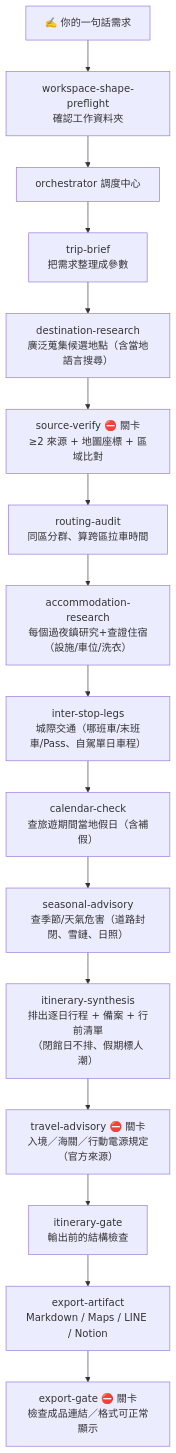
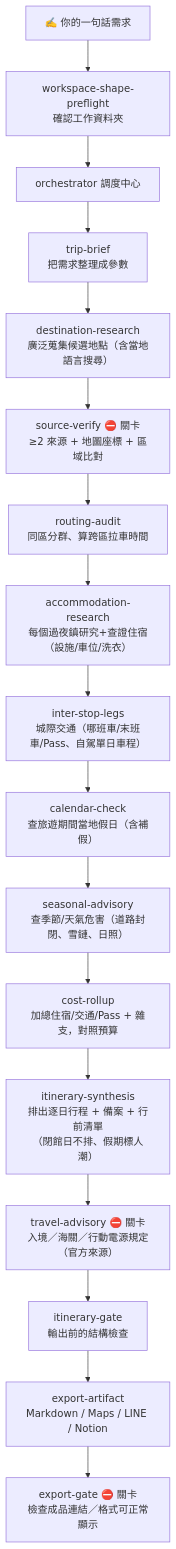
Before and after one commit to helping-ai-workflow/tripwork: the diagram in README.md, drawn with Mermaid. The commit also changed other lines of this file, not shown here.

Commit message:
docs(readme): add cost-rollup to pipeline, pain/§3/§4 rows

````diff
--- a/README.md
+++ b/README.md
@@ -98,19 +99,20 @@
 ```mermaid
 flowchart TB
     P["✍️ 你的一句話需求"]
     P --> WSP["workspace-shape-preflight<br/>確認工作資料夾"]
     WSP --> ORC["orchestrator 調度中心"]
     ORC --> TB["trip-brief<br/>把需求整理成參數"]
     TB --> DR["destination-research<br/>廣泛蒐集候選地點（含當地語言搜尋）"]
     DR --> SV["source-verify ⛔ 關卡<br/>≥2 來源 + 地圖座標 + 區域比對"]
     SV --> RA["routing-audit<br/>同區分群、算跨區拉車時間"]
     RA --> ACC["accommodation-research<br/>每個過夜鎮研究+查證住宿（設施/車位/洗衣）"]
     ACC --> LEG["inter-stop-legs<br/>城際交通（哪班車/末班車/Pass、自駕單日車程）"]
     LEG --> CAL["calendar-check<br/>查旅遊期間當地假日（含補假）"]
     CAL --> SEA["seasonal-advisory<br/>查季節/天氣危害（道路封閉、雪鏈、日照）"]
-    SEA --> SYN["itinerary-synthesis<br/>排出逐日行程 + 備案 + 行前清單<br/>（閉館日不排、假期標人潮）"]
+    SEA --> COST["cost-rollup<br/>加總住宿/交通/Pass + 雜支，對照預算"]
+    COST --> SYN["itinerary-synthesis<br/>排出逐日行程 + 備案 + 行前清單<br/>（閉館日不排、假期標人潮）"]
     SYN --> ADV["travel-advisory ⛔ 關卡<br/>入境／海關／行動電源規定（官方來源）"]
     ADV --> GATE["itinerary-gate<br/>輸出前的結構檢查"]
     GATE --> EXP["export-artifact<br/>Markdown / Maps / LINE / Notion"]
     EXP --> EGATE["export-gate ⛔ 關卡<br/>檢查成品連結／格式可正常顯示"]
 ```
````
